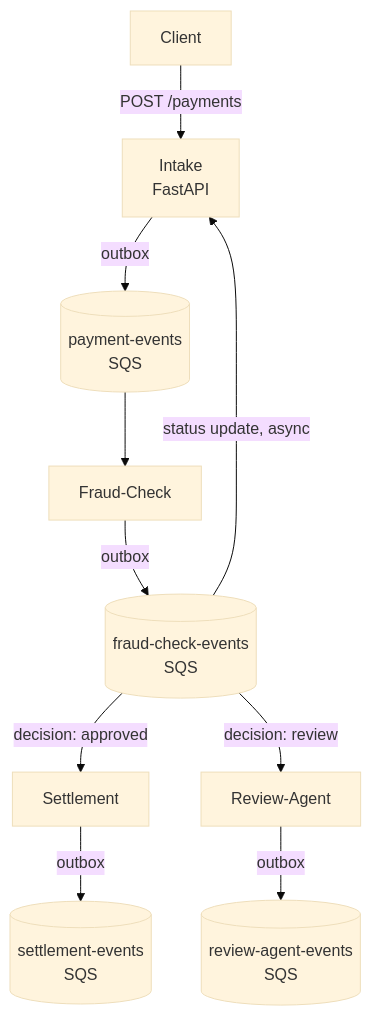
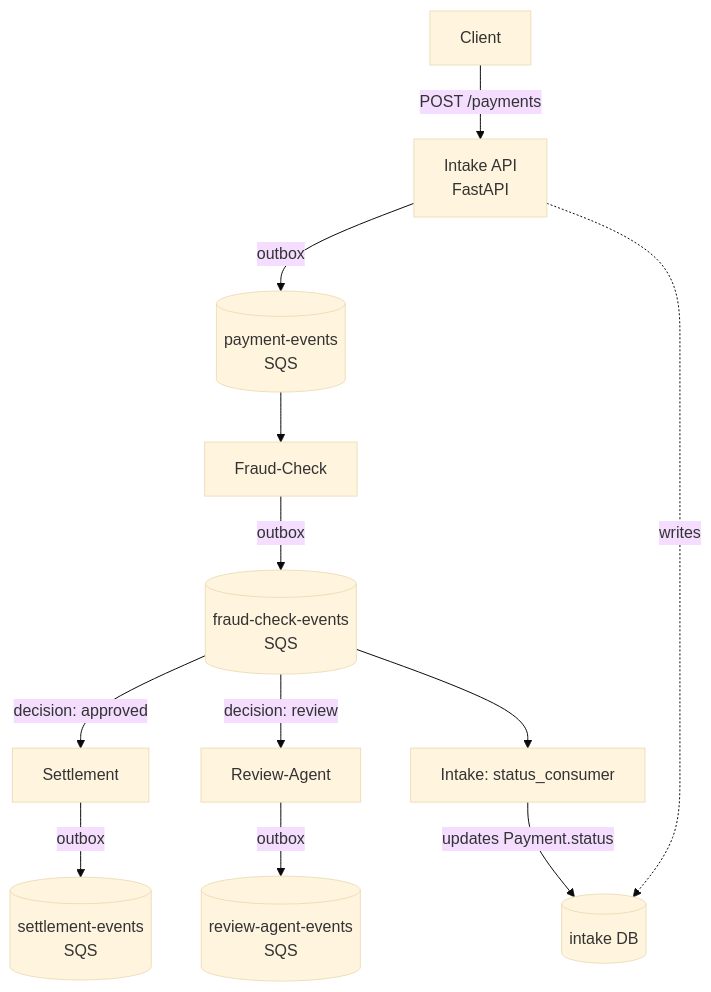
Before and after one commit to tolujoseph/payment-settlement-platform: the diagram in README.md, drawn with Mermaid (base theme).

Commit message:
updated README file

````diff
--- a/README.md
+++ b/README.md
@@ -15,12 +15,14 @@
 ```mermaid
 flowchart TD
-    Client -->|POST /payments| Intake[Intake<br/>FastAPI]
+    Client -->|POST /payments| Intake[Intake API<br/>FastAPI]
     Intake -->|outbox| PaymentEvents[(payment-events<br/>SQS)]
     PaymentEvents --> FraudCheck[Fraud-Check]
     FraudCheck -->|outbox| FraudEvents[(fraud-check-events<br/>SQS)]
     FraudEvents -->|decision: approved| Settlement[Settlement]
     FraudEvents -->|decision: review| ReviewAgent[Review-Agent]
     Settlement -->|outbox| SettlementEvents[(settlement-events<br/>SQS)]
     ReviewAgent -->|outbox| ReviewEvents[(review-agent-events<br/>SQS)]
-    FraudEvents -->|status update, async| Intake
+    FraudEvents --> StatusConsumer[Intake: status_consumer]
+    StatusConsumer -->|updates Payment.status| IntakeDB[(intake DB)]
+    Intake -.->|writes| IntakeDB
 ```
````
